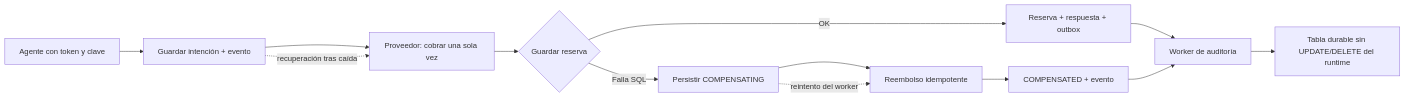
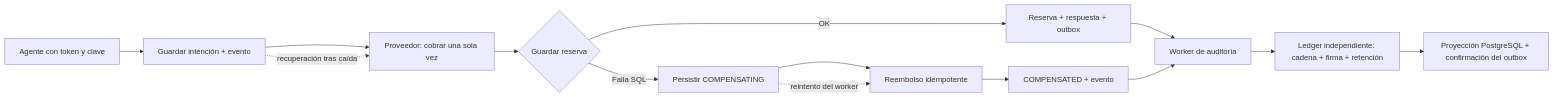
One commit to sjaramillov/agentic-transformation-workshop-latam changed the diagram in LABORATORIO_MIT.md. Above: the diagram before and after it, drawn with Mermaid. The commit also changed other lines of this file and 43 other files, not shown here.

````diff
--- a/LABORATORIO_MIT.md
+++ b/LABORATORIO_MIT.md
@@ -51,15 +51,16 @@
 ```mermaid
 flowchart LR
   A[Agente con token y clave] --> B[Guardar intención + evento]
   B --> C[Proveedor: cobrar una sola vez]
   C --> D{Guardar reserva}
   D -->|OK| E[Reserva + respuesta + outbox]
   D -->|Falla SQL| F[Persistir COMPENSATING]
   F --> G[Reembolso idempotente]
   G --> H[COMPENSATED + evento]
   F -. reintento del worker .-> G
   B -. recuperación tras caída .-> C
   E --> I[Worker de auditoría]
   H --> I
-  I --> J[Tabla durable sin UPDATE/DELETE del runtime]
+  I --> J[Ledger independiente: cadena + firma + retención]
+  J --> K[Proyección PostgreSQL + confirmación del outbox]
 ```
````
